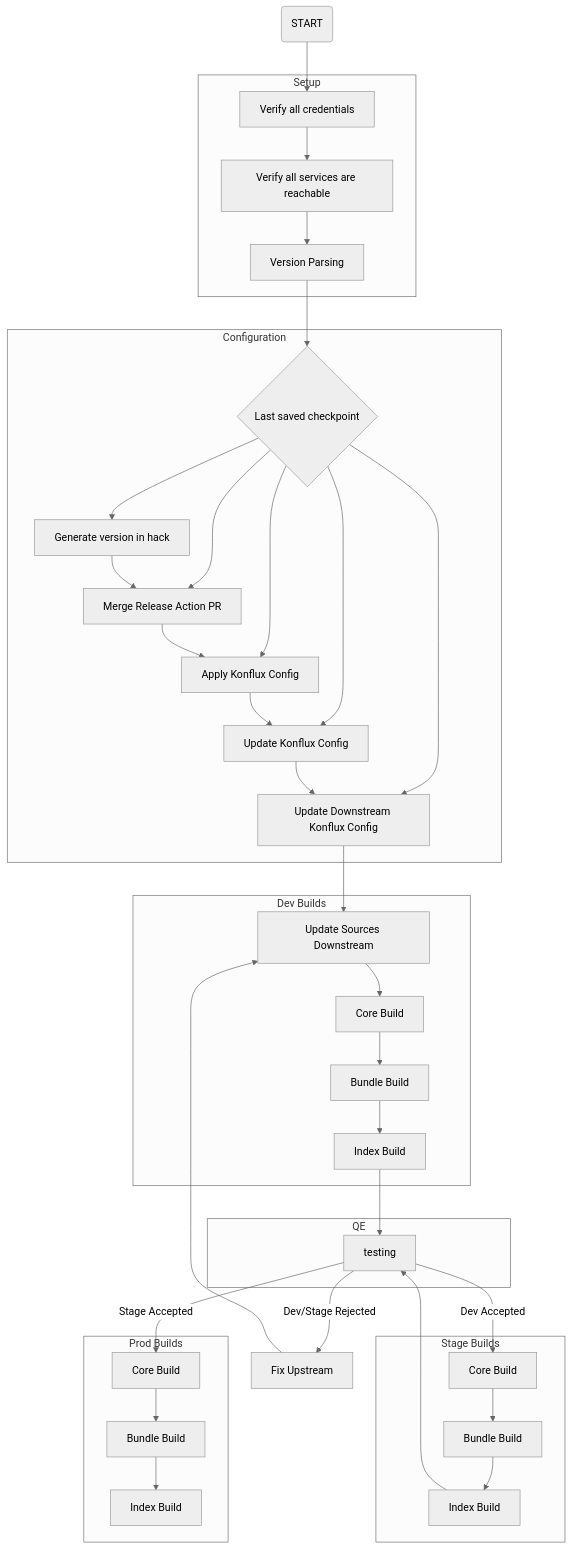
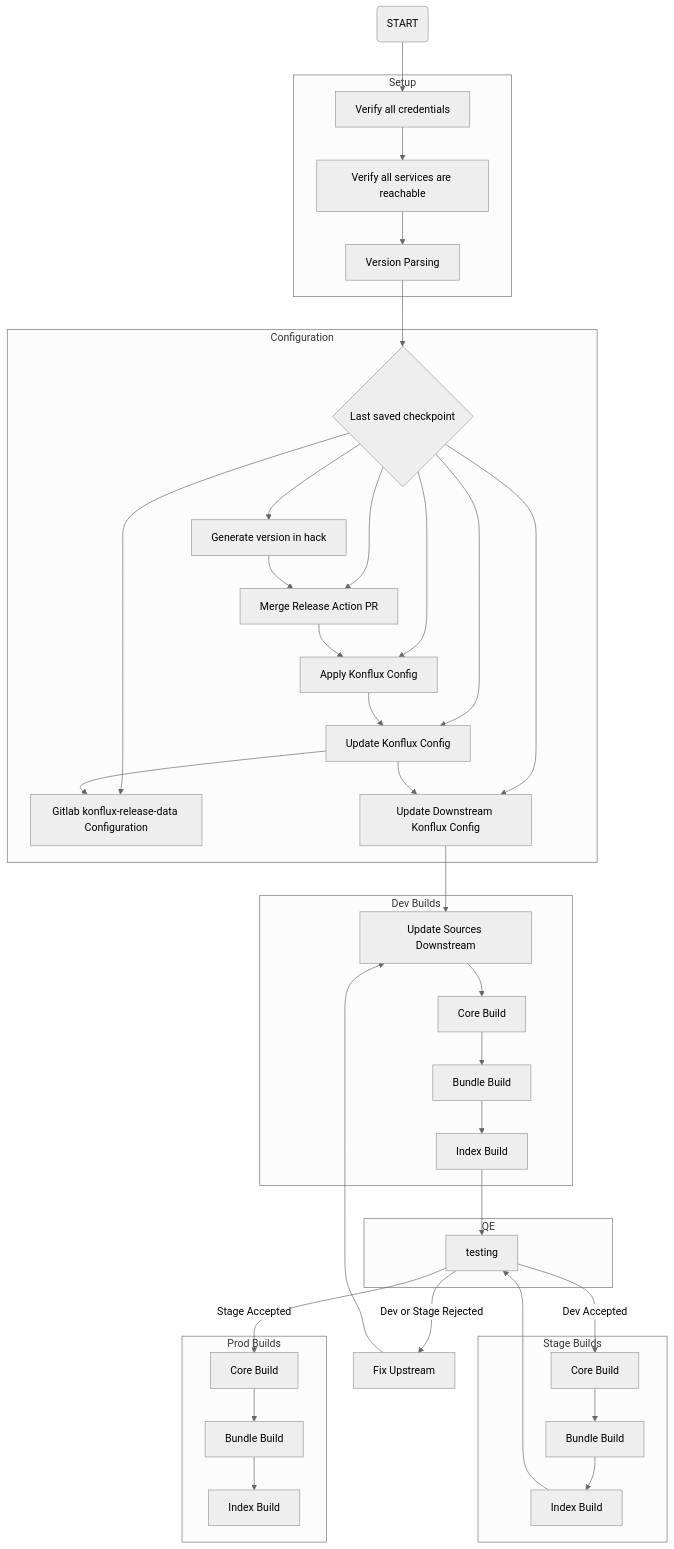
Before and after one commit to theakshaypant/osp-rc-tools: diagram 12 of 20 in cra/Release Steps.md, drawn with Mermaid (neutral theme). The commit also changed other lines of this file, not shown here.

````diff
--- a/cra/Release Steps.md
+++ b/cra/Release Steps.md
@@ -346,59 +390,61 @@
 ```mermaid
 flowchart TD
   start(START)
 
   subgraph setup[Setup]
     verify_creds[Verify all credentials] --> verify_services[Verify all services are reachable]
     verify_services --> version_parsing[Version Parsing]
   end
 
   start --> verify_creds
 
 
   subgraph config[Configuration]
     version_parsing --> checkpoint{Last saved checkpoint}
     checkpoint --> hack_ver_gen[Generate version in hack]
     checkpoint --> merge_release_action[Merge Release Action PR]
     checkpoint --> update_konflux_config[Update Konflux Config]
     checkpoint --> apply_konf_config[Apply Konflux Config]
+    checkpoint --> glab_rpa_config[Gitlab konflux-release-data Configuration]
     checkpoint --> ds_update_konf_config[Update Downstream Konflux Config]
     
     hack_ver_gen --> merge_release_action
     merge_release_action --> apply_konf_config
     apply_konf_config --> update_konflux_config
+    update_konflux_config --> glab_rpa_config
     update_konflux_config --> ds_update_konf_config
   end
 
   subgraph dev[Dev Builds]
     ds_update_source[Update Sources Downstream] --> dev_core[Core Build]
     dev_core --> dev_bundle[Bundle Build]
     dev_bundle --> dev_index[Index Build]
   end
 
   ds_update_konf_config --> ds_update_source
 
   subgraph QE
     testing
   end
 
   dev_index --> testing
-  testing --> |Dev/Stage Rejected| fix_upstream[Fix Upstream]
+  testing -->|Dev or Stage Rejected| fix_upstream[Fix Upstream]
   fix_upstream --> ds_update_source
 
   subgraph stage[Stage Builds]
     stage_core[Core Build]
     stage_core --> stage_bundle[Bundle Build]
     stage_bundle --> stage_index[Index Build]
   end
 
-  testing --> |Dev Accepted| stage_core
+  testing -->|Dev Accepted| stage_core
   stage_index --> testing
   
   subgraph prod[Prod Builds]
     prod_core[Core Build]
     prod_core --> prod_bundle[Bundle Build]
     prod_bundle --> prod_index[Index Build]
   end
 
-  testing --> |Stage Accepted| prod_core
+  testing -->|Stage Accepted| prod_core
 ```
````
